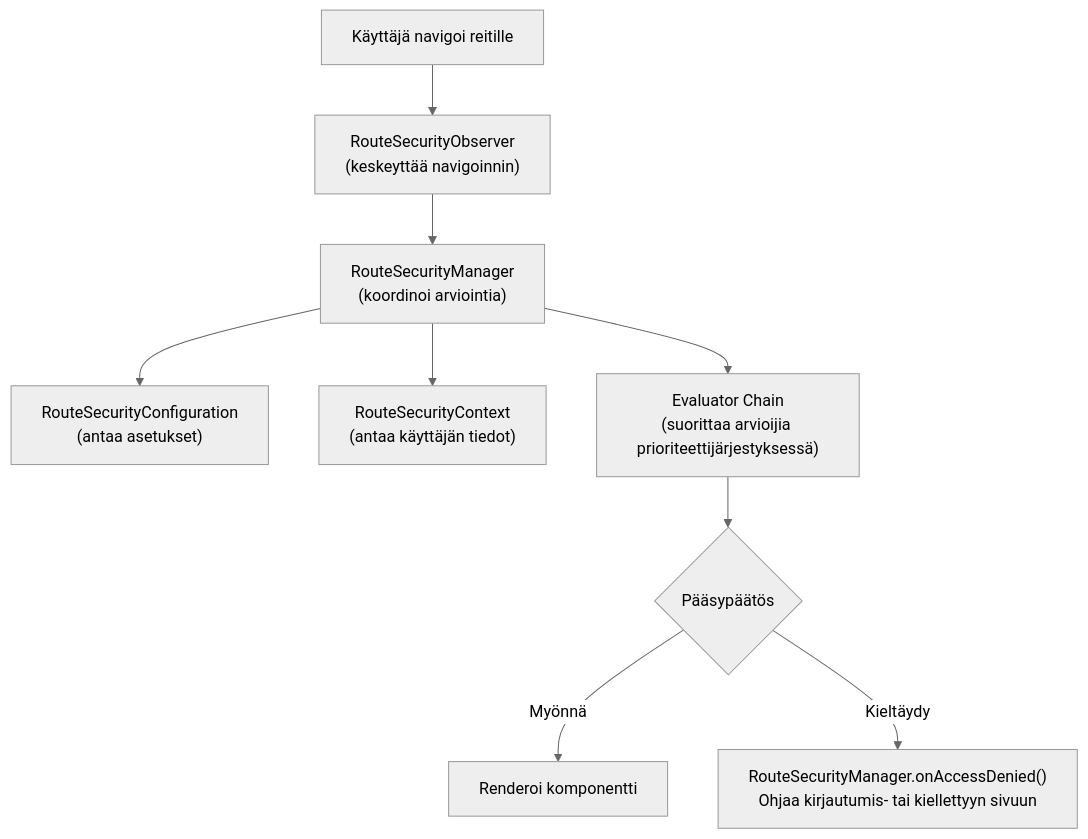
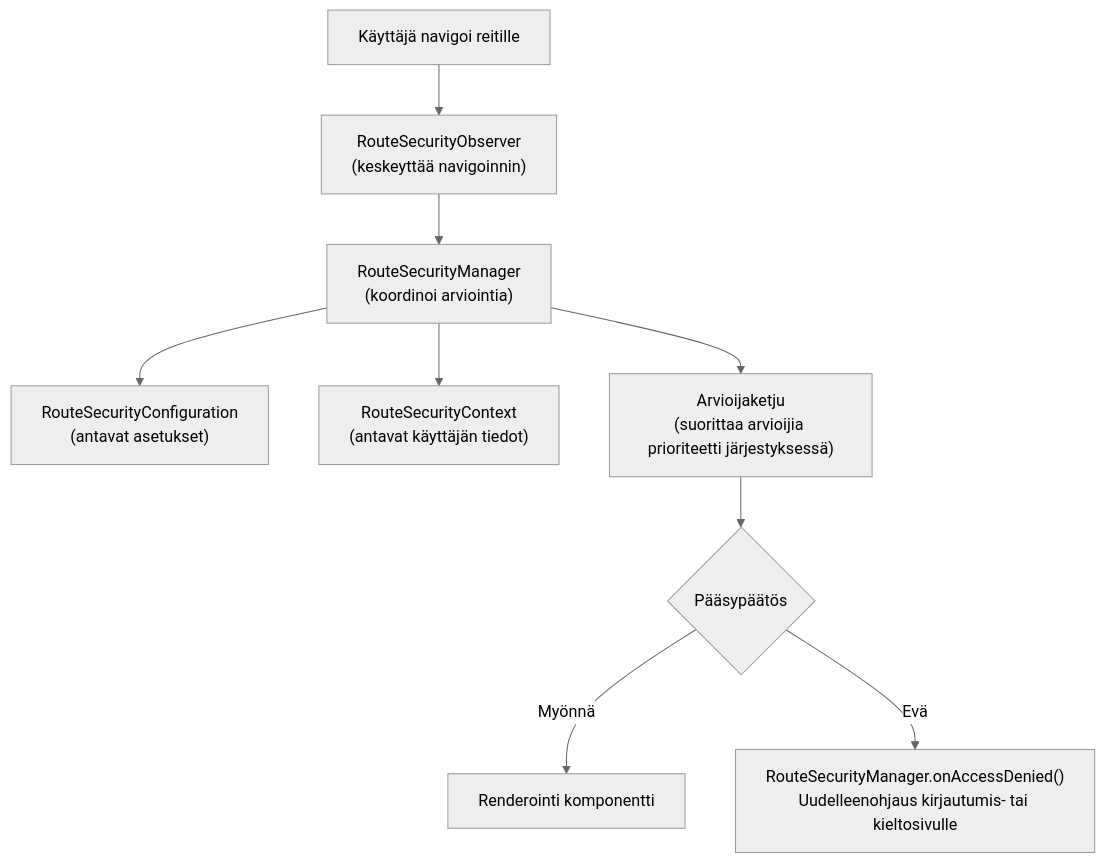
One commit to webforj/webforj-documentation changed the diagram in docs/i18n/fi/docusaurus-plugin-content-docs/current/security/architecture/foundational-architecture.md. Above: the diagram before and after it, drawn with Mermaid (neutral theme). The commit also changed other lines of this file and 389 other files, not shown here.

````diff
--- a/docs/i18n/fi/docusaurus-plugin-content-docs/current/security/architecture/foundational-architecture.md
+++ b/docs/i18n/fi/docusaurus-plugin-content-docs/current/security/architecture/foundational-architecture.md
@@ -113,13 +113,13 @@
 ```mermaid
 flowchart TB
-    User["Käyttäjä navigoi reitille"] --> Observer["RouteSecurityObserver<br/>(keskeyttää navigoinnin)"]
-    Observer --> Manager["RouteSecurityManager<br/>(koordinoi arviointia)"]
+  User["Käyttäjä navigoi reitille"] --> Observer["RouteSecurityObserver<br/>(keskeyttää navigoinnin)"]
+  Observer --> Manager["RouteSecurityManager<br/>(koordinoi arviointia)"]
 
-    Manager --> Config["RouteSecurityConfiguration<br/>(antaa asetukset)"]
-    Manager --> Context["RouteSecurityContext<br/>(antaa käyttäjän tiedot)"]
-    Manager --> Chain["Evaluator Chain<br/>(suorittaa arvioijia prioriteettijärjestyksessä)"]
+  Manager --> Config["RouteSecurityConfiguration<br/>(antavat asetukset)"]
+  Manager --> Context["RouteSecurityContext<br/>(antavat käyttäjän tiedot)"]
+  Manager --> Chain["Arvioijaketju<br/>(suorittaa arvioijia prioriteetti järjestyksessä)"]
 
-    Chain --> Decision{"Pääsypäätös"}
-    Decision -->|"Myönnä"| Render["Renderoi komponentti"]
-    Decision -->|"Kieltäydy"| Redirect["RouteSecurityManager.onAccessDenied()<br/>Ohjaa kirjautumis- tai kiellettyyn sivuun"]
+  Chain --> Decision{"Pääsypäätös"}
+  Decision -->|"Myönnä"| Render["Renderointi komponentti"]
+  Decision -->|"Evä"| Redirect["RouteSecurityManager.onAccessDenied()<br/>Uudelleenohjaus kirjautumis- tai kieltosivulle"]
 ```
````
